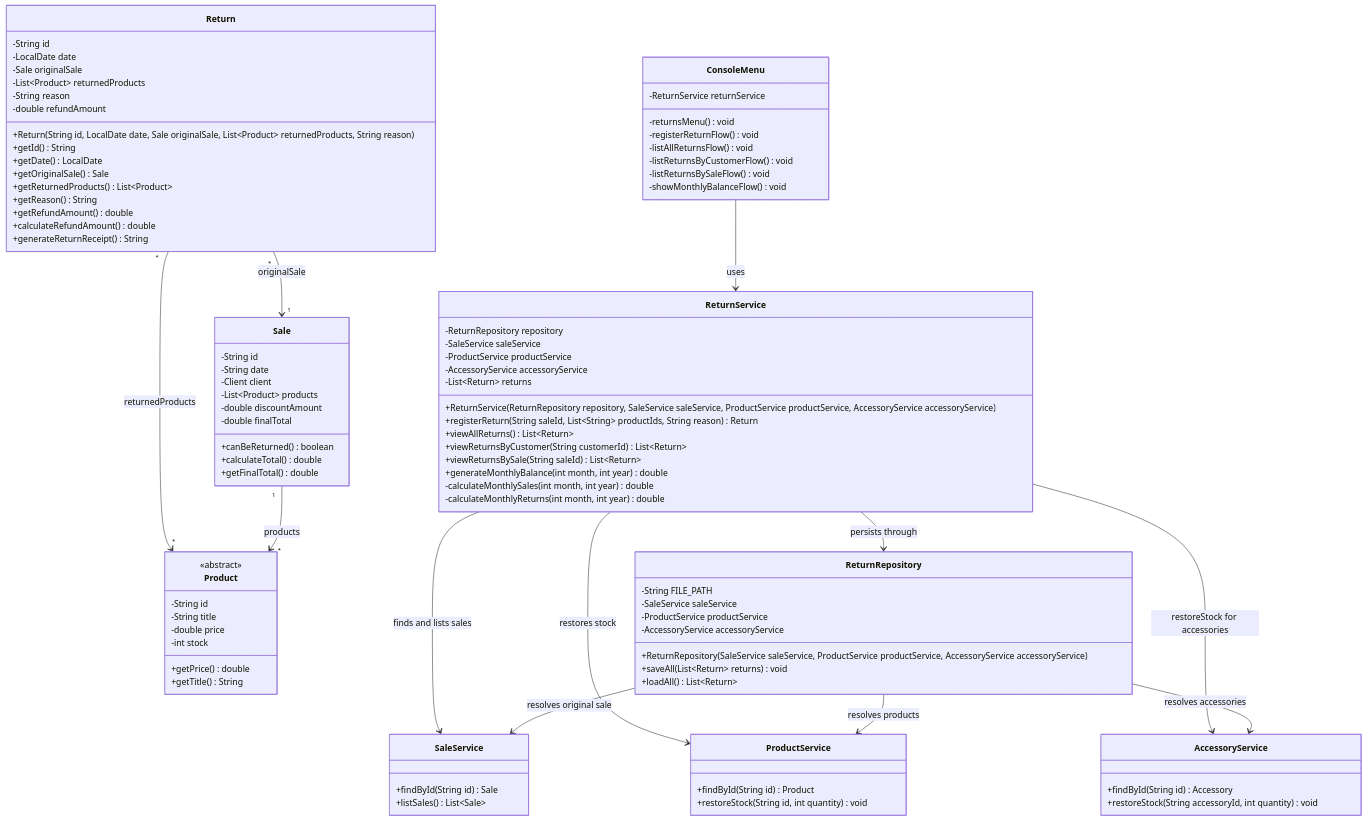
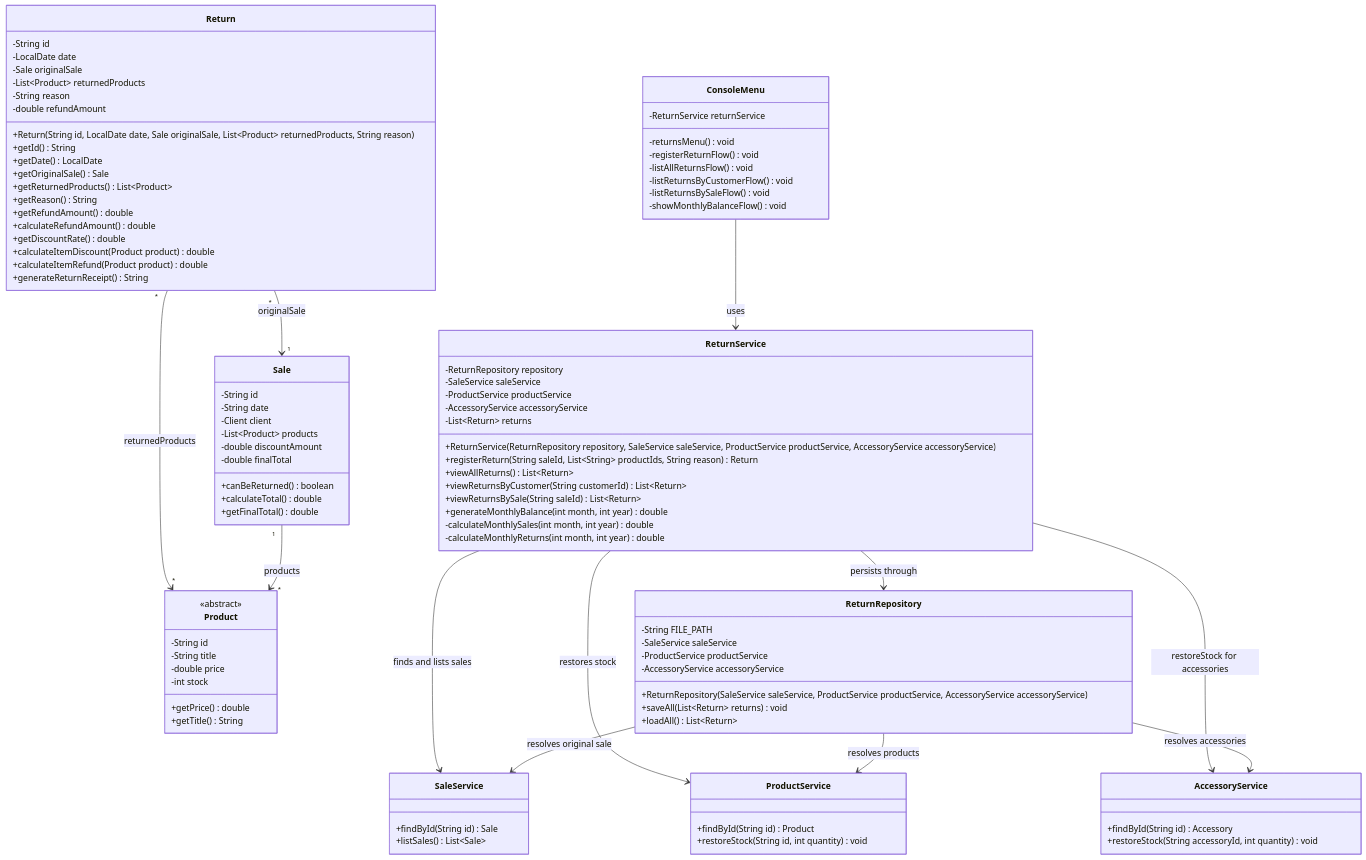
The diagram in docs/return-class-diagram.md (edavidguerra/gamezone-unicesar), drawn with Mermaid before and after one commit. The commit also changed 1 other file, not shown here.

Commit message:
docs: document proportional refund in return analysis and diagram

```diff
--- a/docs/return-class-diagram.md
+++ b/docs/return-class-diagram.md
@@ -53,6 +53,9 @@
         +getReason() String
         +getRefundAmount() double
         +calculateRefundAmount() double
+        +getDiscountRate() double
+        +calculateItemDiscount(Product product) double
+        +calculateItemRefund(Product product) double
         +generateReturnReceipt() String
     }
 
```
